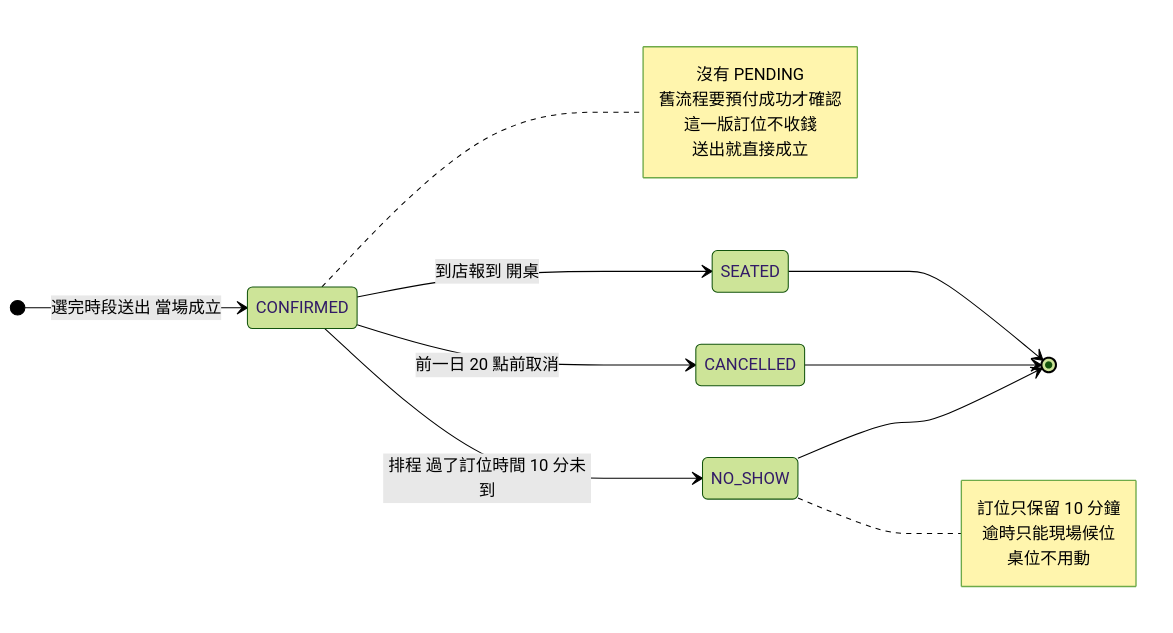
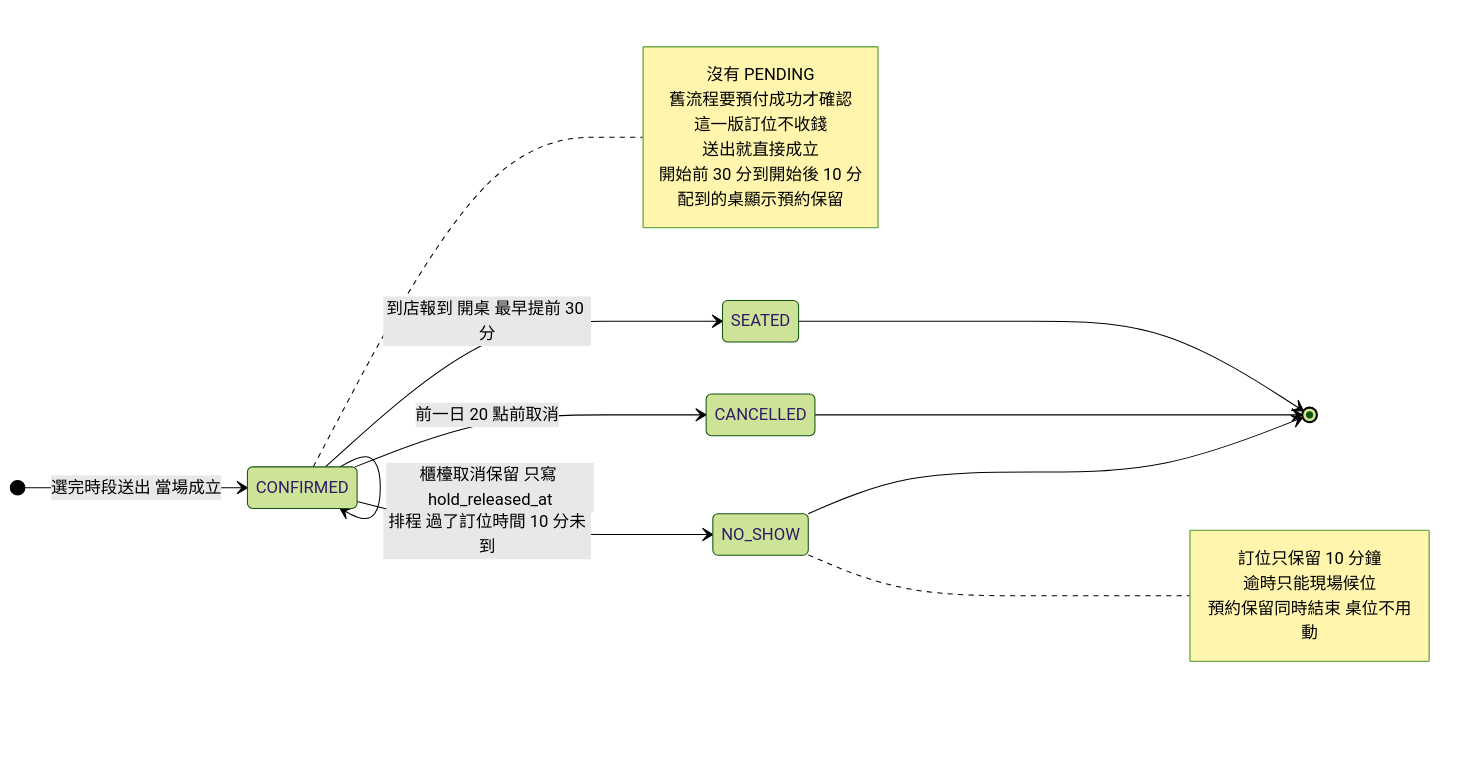
Diagram 11 of 16 in docs/spec/06-圖表總覽.md (harry-wann/smart-order), drawn with Mermaid (forest theme) before and after one commit. The commit also changed other lines of this file and 80 other files, not shown here.

````diff
--- a/docs/spec/06-圖表總覽.md
+++ b/docs/spec/06-圖表總覽.md
@@ -656,23 +727,26 @@
 ```mermaid
 stateDiagram-v2
     direction LR
     [*] --> CONFIRMED : 選完時段送出 當場成立
-    CONFIRMED --> SEATED : 到店報到 開桌
+    CONFIRMED --> SEATED : 到店報到 開桌 最早提前 30 分
+    CONFIRMED --> CONFIRMED : 櫃檯取消保留 只寫 hold_released_at
     CONFIRMED --> CANCELLED : 前一日 20 點前取消
     CONFIRMED --> NO_SHOW : 排程 過了訂位時間 10 分未到
     SEATED --> [*]
     CANCELLED --> [*]
     NO_SHOW --> [*]
 
     note right of CONFIRMED
         沒有 PENDING
         舊流程要預付成功才確認
         這一版訂位不收錢
         送出就直接成立
+        開始前 30 分到開始後 10 分
+        配到的桌顯示預約保留
     end note
     note right of NO_SHOW
         訂位只保留 10 分鐘
         逾時只能現場候位
-        桌位不用動
+        預約保留同時結束 桌位不用動
     end note
 ```
````
